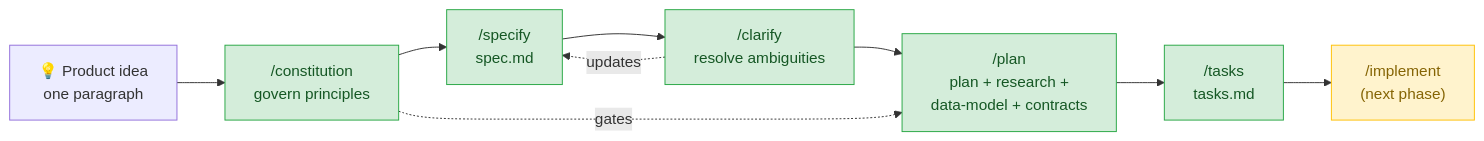
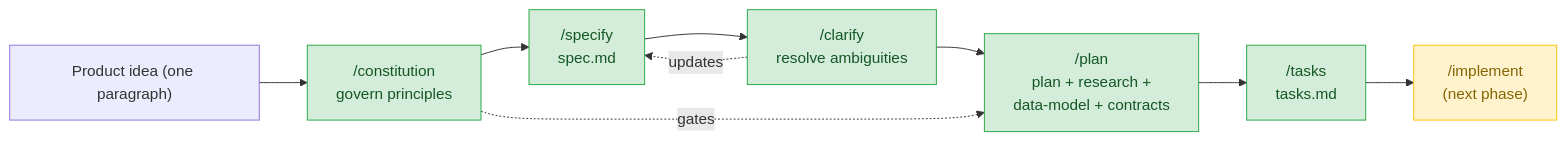
One commit to kulvitaly/gen-ai-software-engineering changed the first of 3 diagrams in homework-3/README.md. Above: the diagram before and after it, drawn with Mermaid. The commit also changed other lines of this file, not shown here.

````diff
--- a/homework-3/README.md
+++ b/homework-3/README.md
@@ -43,17 +43,17 @@
 ```mermaid
 flowchart LR
-    Idea[💡 Product idea<br/>one paragraph] --> C["/constitution<br/>govern principles"]
+    Idea["Product idea (one paragraph)"] --> C["/constitution<br/>govern principles"]
     C --> S["/specify<br/>spec.md"]
     S --> Cl["/clarify<br/>resolve ambiguities"]
     Cl --> P["/plan<br/>plan + research +<br/>data-model + contracts"]
     P --> T["/tasks<br/>tasks.md"]
     T --> Impl["/implement<br/>(next phase)"]
 
     C -. gates .-> P
     Cl -. updates .-> S
 
     classDef done fill:#d4edda,stroke:#28a745,color:#155724;
     classDef next fill:#fff3cd,stroke:#ffc107,color:#856404;
     class C,S,Cl,P,T done;
     class Impl next;
 ```
````
